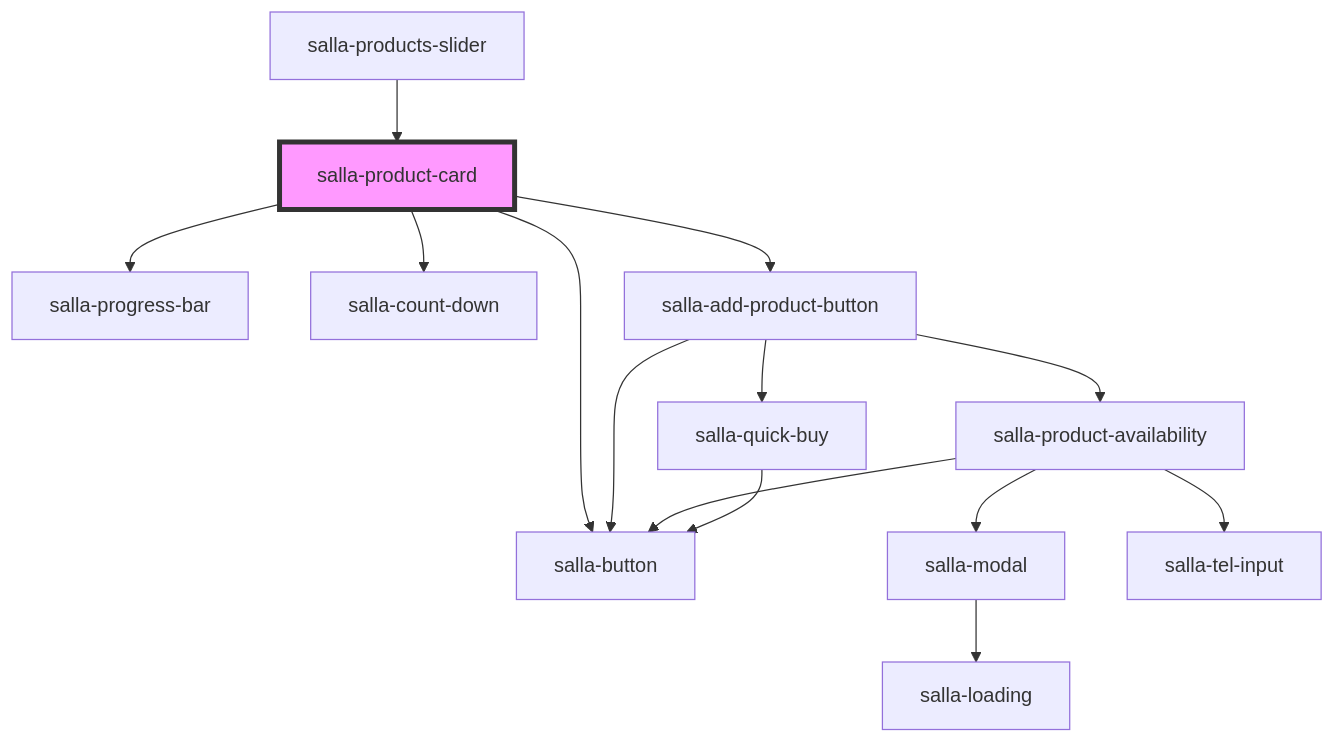
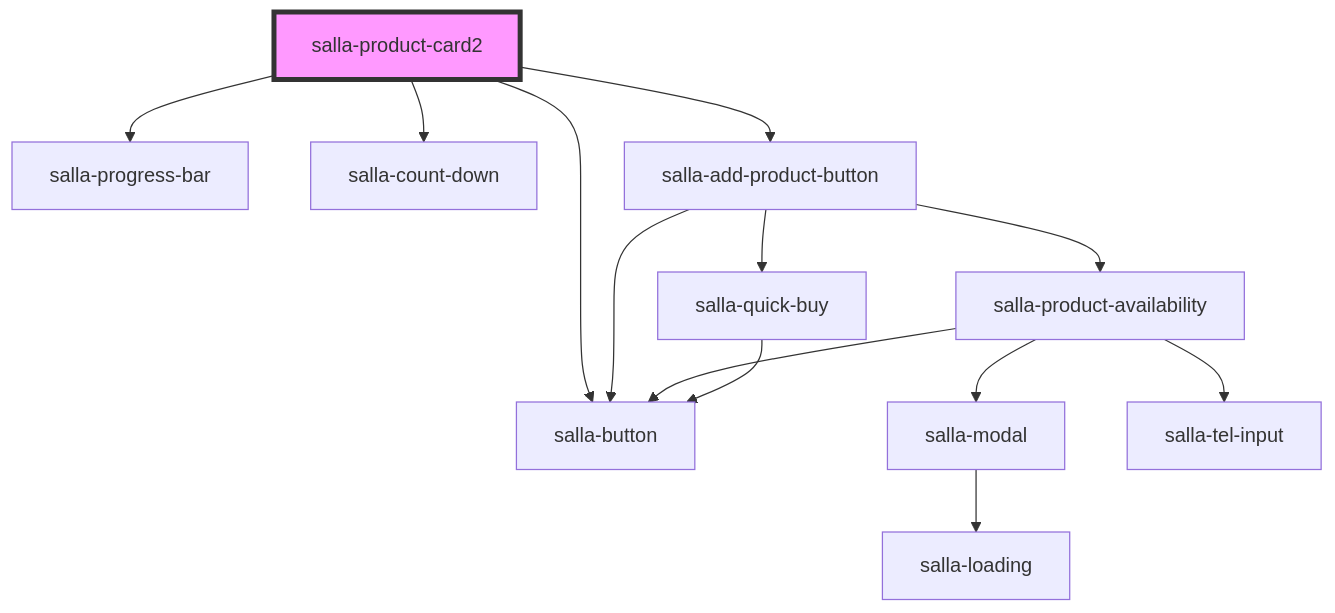
One commit to Almo7aya/twilight-components_test changed the diagram in src/components/salla-product-card/readme.md. Above: the diagram before and after it, drawn with Mermaid. The commit also changed other lines of this file and 6 other files, not shown here.

````diff
--- a/src/components/salla-product-card/readme.md
+++ b/src/components/salla-product-card/readme.md
@@ -43,17 +39,16 @@
 ```mermaid
 graph TD;
-  salla-product-card --> salla-button
-  salla-product-card --> salla-progress-bar
-  salla-product-card --> salla-count-down
-  salla-product-card --> salla-add-product-button
+  salla-product-card2 --> salla-button
+  salla-product-card2 --> salla-progress-bar
+  salla-product-card2 --> salla-count-down
+  salla-product-card2 --> salla-add-product-button
   salla-add-product-button --> salla-product-availability
   salla-add-product-button --> salla-button
   salla-add-product-button --> salla-quick-buy
   salla-product-availability --> salla-button
   salla-product-availability --> salla-modal
   salla-product-availability --> salla-tel-input
   salla-modal --> salla-loading
   salla-quick-buy --> salla-button
-  salla-products-slider --> salla-product-card
-  style salla-product-card fill:#f9f,stroke:#333,stroke-width:4px
+  style salla-product-card2 fill:#f9f,stroke:#333,stroke-width:4px
 ```
````
